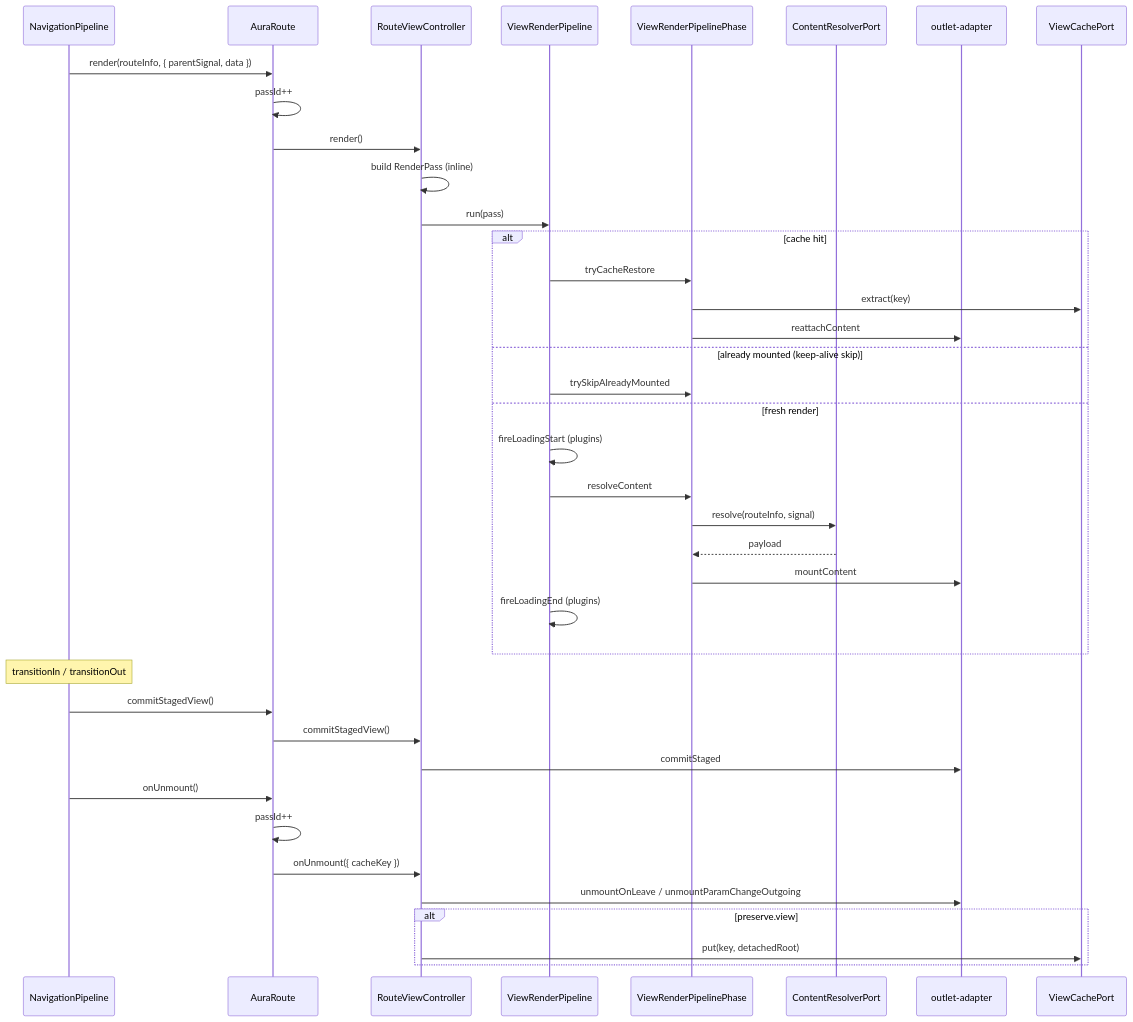
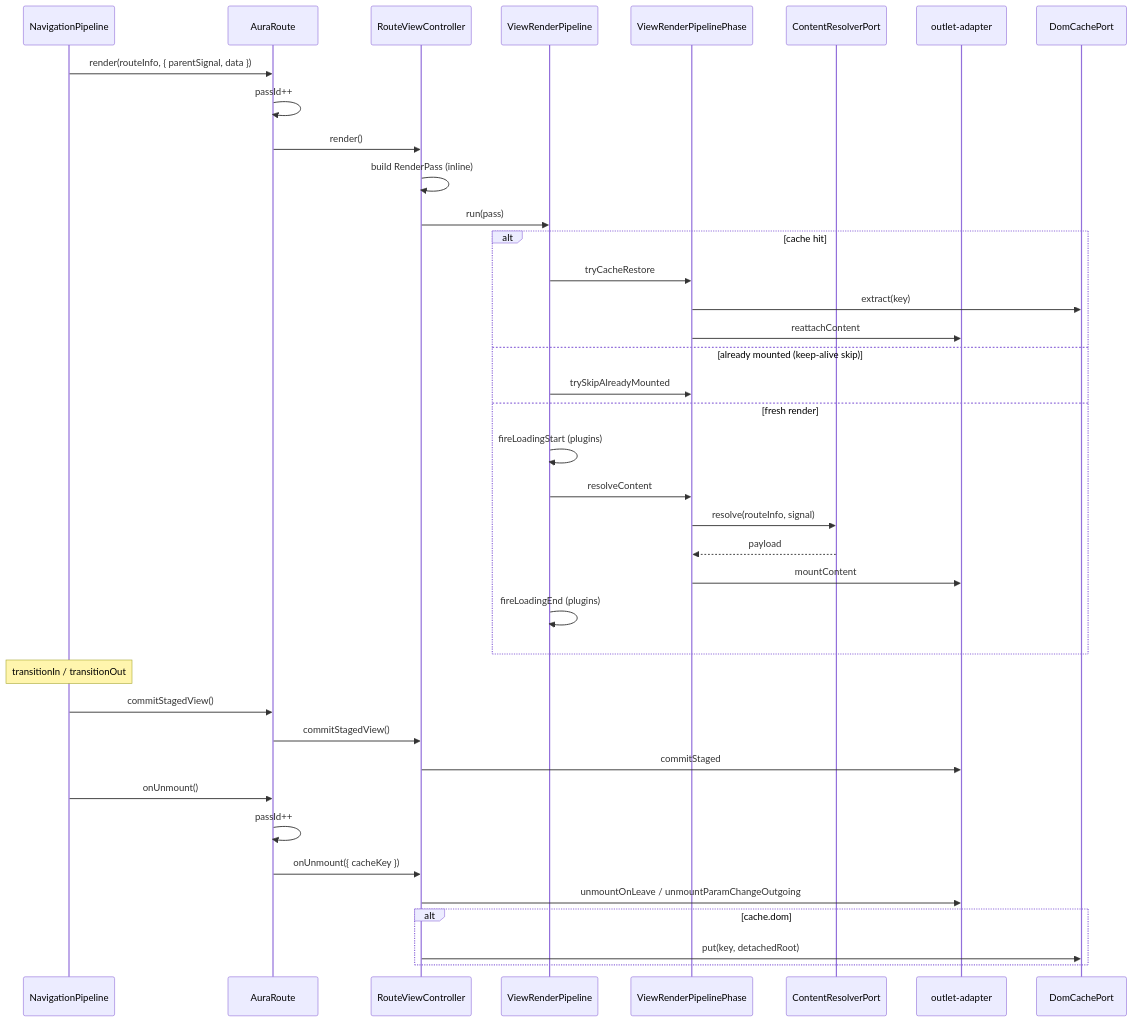
The diagram in docs/todo/VIEW_LAYER_ARCHITECTURE.md (aura-ui/router), drawn with Mermaid before and after one commit. The commit also changed other lines of this file and 93 other files, not shown here.

Commit message:
refactor(cache): replace preserve attr with cache and align cache layer names

````diff
--- a/docs/todo/VIEW_LAYER_ARCHITECTURE.md
+++ b/docs/todo/VIEW_LAYER_ARCHITECTURE.md
@@ -81,47 +81,47 @@
 ```mermaid
 sequenceDiagram
   participant Engine as NavigationPipeline
   participant Route as AuraRoute
   participant VC as RouteViewController
   participant Pipe as ViewRenderPipeline
   participant Phase as ViewRenderPipelinePhase
   participant Content as ContentResolverPort
   participant Outlet as outlet-adapter
-  participant Cache as ViewCachePort
+  participant Cache as DomCachePort
 
   Engine->>Route: render(routeInfo, { parentSignal, data })
   Route->>Route: passId++
   Route->>VC: render()
 
   VC->>VC: build RenderPass (inline)
   VC->>Pipe: run(pass)
 
   alt cache hit
     Pipe->>Phase: tryCacheRestore
     Phase->>Cache: extract(key)
     Phase->>Outlet: reattachContent
   else already mounted (keep-alive skip)
     Pipe->>Phase: trySkipAlreadyMounted
   else fresh render
     Pipe->>Pipe: fireLoadingStart (plugins)
     Pipe->>Phase: resolveContent
     Phase->>Content: resolve(routeInfo, signal)
     Content-->>Phase: payload
     Phase->>Outlet: mountContent
     Pipe->>Pipe: fireLoadingEnd (plugins)
   end
 
   Note over Engine: transitionIn / transitionOut
 
   Engine->>Route: commitStagedView()
   Route->>VC: commitStagedView()
   VC->>Outlet: commitStaged
 
   Engine->>Route: onUnmount()
   Route->>Route: passId++
   Route->>VC: onUnmount({ cacheKey })
   VC->>Outlet: unmountOnLeave / unmountParamChangeOutgoing
-  alt preserve.view
+  alt cache.dom
     VC->>Cache: put(key, detachedRoot)
   end
 ```
````
